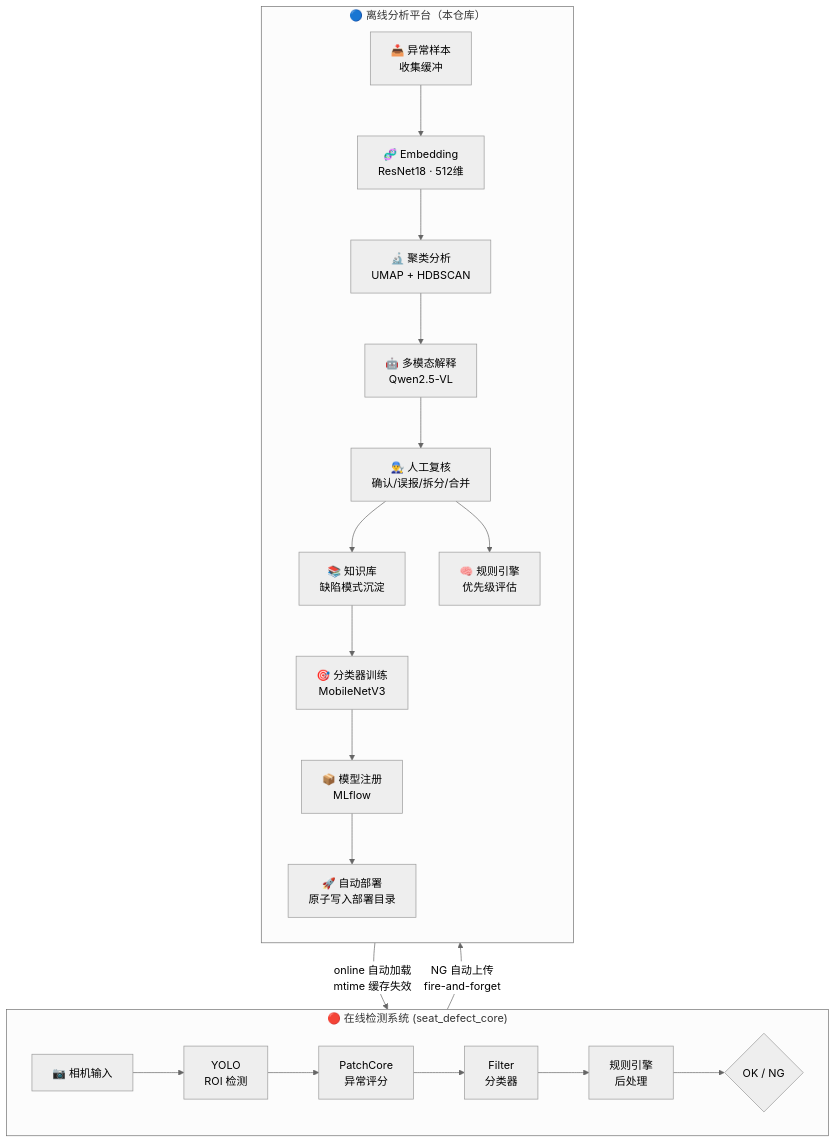
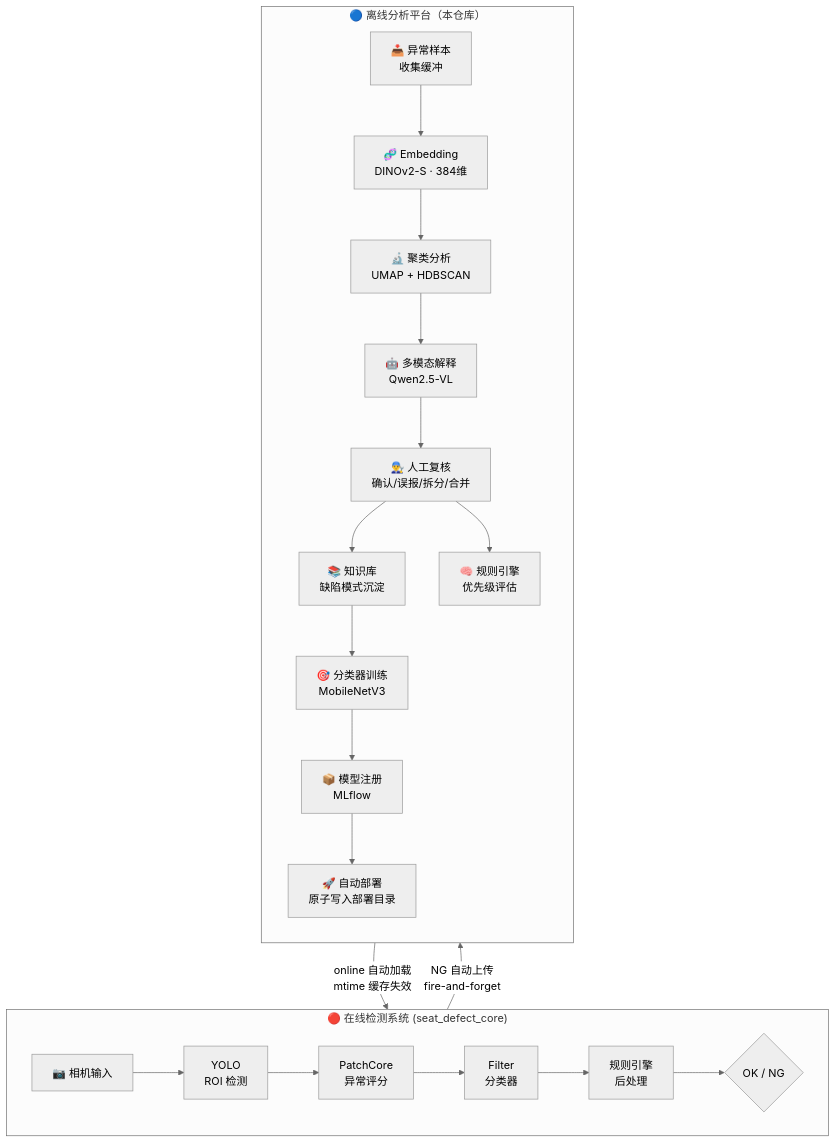
The diagram in README.md (celien99/offline-analysis-platform), drawn with Mermaid (neutral theme) before and after one commit. The commit also changed other lines of this file and 10 other files, not shown here.

First line of the commit message:
feat: 全栈切换到 DINOv2-S embedding（384维），统一所有模型引用和文档

````diff
--- a/README.md
+++ b/README.md
@@ -35,27 +35,27 @@
 ```mermaid
 flowchart TB
     subgraph ONLINE["🔴 在线检测系统 (seat_defect_core)"]
         direction LR
         CAM["📷 相机输入"] --> YOLO["YOLO<br/>ROI 检测"]
         YOLO --> PC["PatchCore<br/>异常评分"]
         PC --> FC["Filter<br/>分类器"]
         FC --> RE["规则引擎<br/>后处理"]
         RE --> DECISION{"OK / NG"}
     end
 
     subgraph OFFLINE["🔵 离线分析平台（本仓库）"]
         direction TB
-        INGEST["📥 异常样本<br/>收集缓冲"] --> EMBED["🧬 Embedding<br/>ResNet18 · 512维"]
+        INGEST["📥 异常样本<br/>收集缓冲"] --> EMBED["🧬 Embedding<br/>DINOv2-S · 384维"]
         EMBED --> CLUSTER["🔬 聚类分析<br/>UMAP + HDBSCAN"]
         CLUSTER --> VLM["🤖 多模态解释<br/>Qwen2.5-VL"]
         VLM --> REVIEW["👨‍🔧 人工复核<br/>确认/误报/拆分/合并"]
         REVIEW --> KB["📚 知识库<br/>缺陷模式沉淀"]
         REVIEW --> RULES["🧠 规则引擎<br/>优先级评估"]
         KB --> TRAIN["🎯 分类器训练<br/>MobileNetV3"]
         TRAIN --> REGISTRY["📦 模型注册<br/>MLflow"]
         REGISTRY --> DEPLOY["🚀 自动部署<br/>原子写入部署目录"]
     end
 
     ONLINE -->|"NG 自动上传<br/>fire-and-forget"| INGEST
     DEPLOY -->|"online 自动加载<br/>mtime 缓存失效"| FC
 ```
````
